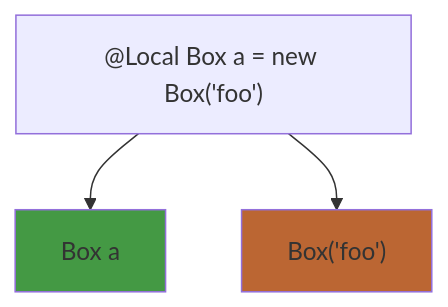
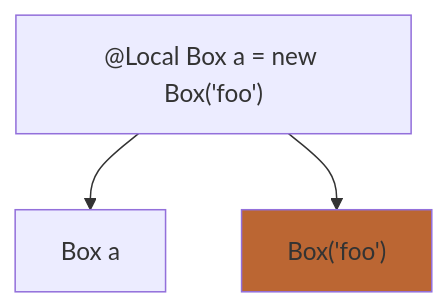
One commit to jensdietrich/jdala changed the first of 3 diagrams in README.md. Above: the diagram before and after it, drawn with Mermaid. The commit also changed other lines of this file, not shown here.

````diff
--- a/README.md
+++ b/README.md
@@ -25,7 +60,7 @@
 ```mermaid
 flowchart TD
     localA["@Local Box a = new Box('foo')"] --> varA[Box a]:::possibleLocalClass
     localA --> boxFoo["Box('foo')"]:::localclass
     classDef localclass fill:#b63
-    classDef possibleLocalClass fill:#494
+%%    classDef possibleLocalClass fill:#494
 ```
````
